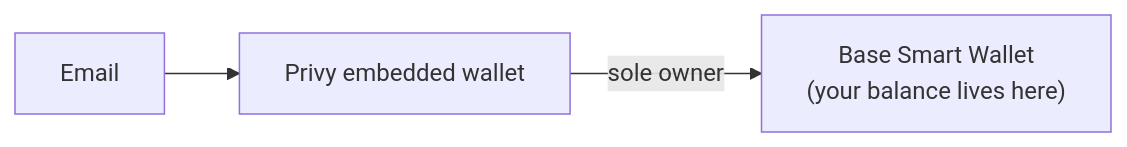
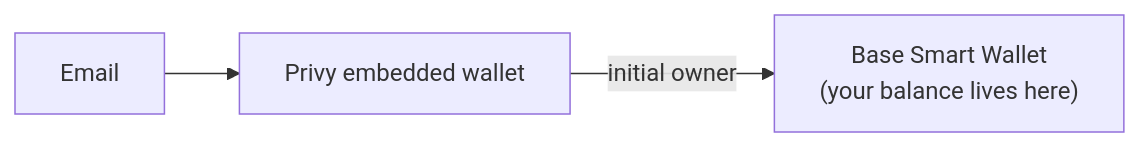
One commit to hevn-inc/docs changed the diagram in general/smart-wallets.mdx. Above: the diagram before and after it, drawn with Mermaid. The commit also changed other lines of this file and 20 other files, not shown here.

````diff
--- a/general/smart-wallets.mdx
+++ b/general/smart-wallets.mdx
@@ -8,5 +8,5 @@
 ```mermaid
 flowchart LR
     A["Email"] --> B["Privy embedded wallet"]
-    B -->|"sole owner"| C["Base Smart Wallet<br/>(your balance lives here)"]
+    B -->|"initial owner"| C["Base Smart Wallet<br/>(your balance lives here)"]
 ```
````
